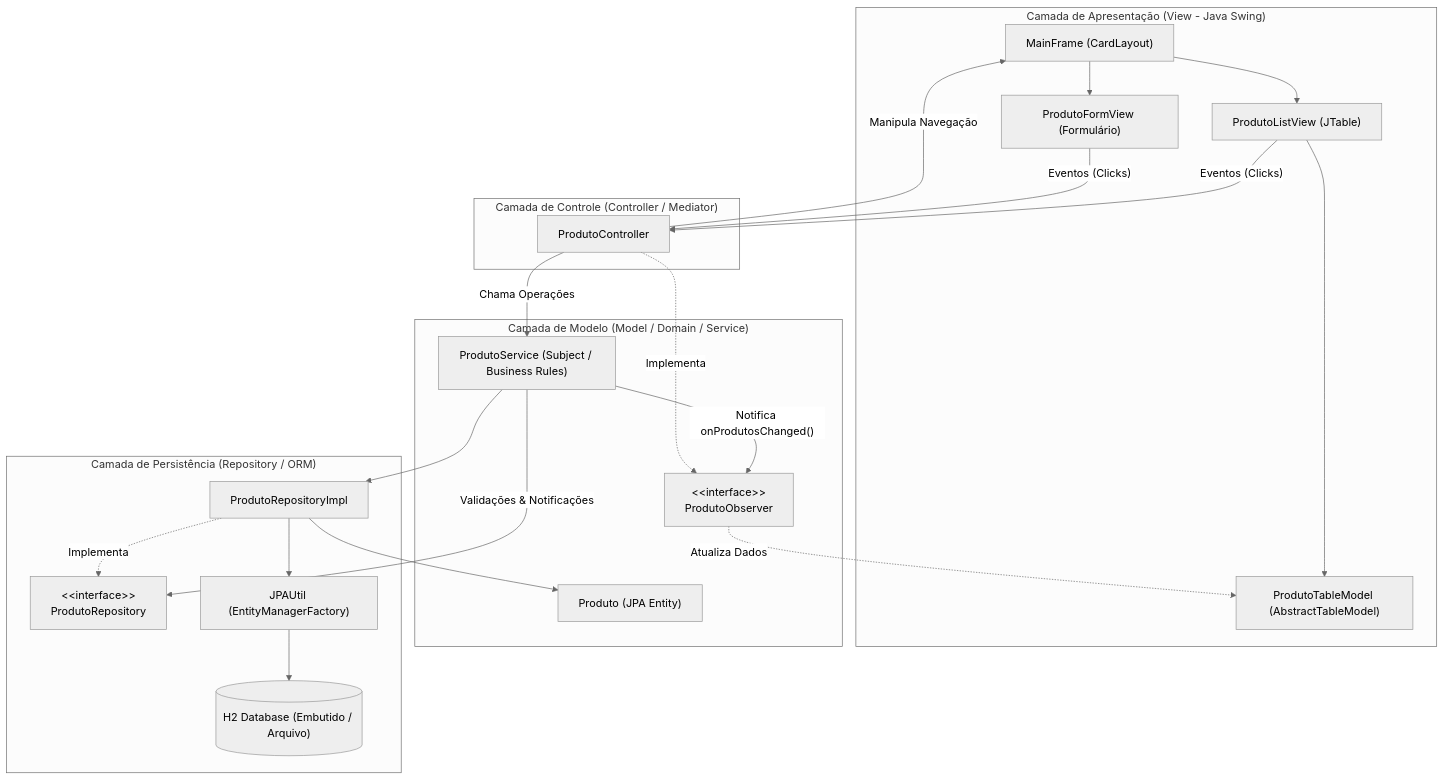
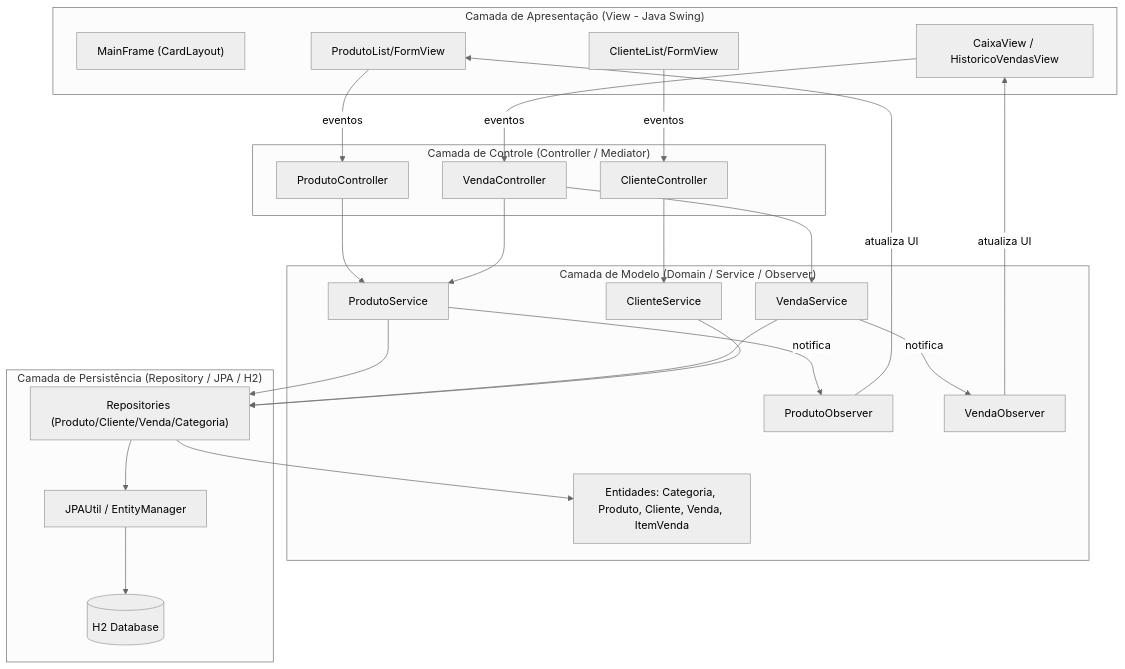
The first of 3 diagrams in README.md (jenifferCamar/projeto-caina), drawn with Mermaid (neutral theme) before and after one commit. The commit also changed other lines of this file, not shown here.

First line of the commit message:
docs(readme): atualiza diagramas Mermaid de arquitetura e venda (Card 23)

````diff
--- a/README.md
+++ b/README.md
@@ -69,44 +69,47 @@
 ```mermaid
 graph TD
     subgraph UI_Layer ["Camada de Apresentação (View - Java Swing)"]
         MF["MainFrame (CardLayout)"]
-        LV["ProdutoListView (JTable)"]
-        FV["ProdutoFormView (Formulário)"]
-        TM["ProdutoTableModel (AbstractTableModel)"]
-        MF --> LV
-        MF --> FV
-        LV --> TM
+        PV["ProdutoList/FormView"]
+        CV["CaixaView / HistoricoVendasView"]
+        CLV["ClienteList/FormView"]
     end
 
     subgraph Controller_Layer ["Camada de Controle (Controller / Mediator)"]
         PC["ProdutoController"]
+        VC["VendaController"]
+        CC["ClienteController"]
     end
 
-    subgraph Model_Layer ["Camada de Modelo (Model / Domain / Service)"]
-        PS["ProdutoService (Subject / Business Rules)"]
-        PO["&lt;&lt;interface&gt;&gt;<br/>ProdutoObserver"]
-        PE["Produto (JPA Entity)"]
+    subgraph Model_Layer ["Camada de Modelo (Domain / Service / Observer)"]
+        PS["ProdutoService"]
+        VS["VendaService"]
+        CS["ClienteService"]
+        PO["ProdutoObserver"]
+        VO["VendaObserver"]
+        ENT["Entidades: Categoria, Produto, Cliente, Venda, ItemVenda"]
     end
 
-    subgraph Persistence_Layer ["Camada de Persistência (Repository / ORM)"]
-        PR["&lt;&lt;interface&gt;&gt;<br/>ProdutoRepository"]
-        PRI["ProdutoRepositoryImpl"]
-        JU["JPAUtil (EntityManagerFactory)"]
-        H2[("H2 Database (Embutido / Arquivo)")]
+    subgraph Persistence_Layer ["Camada de Persistência (Repository / JPA / H2)"]
+        REPO["Repositories (Produto/Cliente/Venda/Categoria)"]
+        JPA["JPAUtil / EntityManager"]
+        H2[("H2 Database")]
     end
 
-    %% Relações e Fluxos
-    LV -- "Eventos (Clicks)" --> PC
-    FV -- "Eventos (Clicks)" --> PC
-    PC -- "Manipula Navegação" --> MF
-    PC -- "Chama Operações" --> PS
-    PS -- "Validações &amp; Notificações" --> PR
-    PRI -. "Implementa" .-> PR
-    PS --> PRI
-    PS -- "Notifica onProdutosChanged()" --> PO
-    PC -. "Implementa" .-> PO
-    PO -. "Atualiza Dados" .-> TM
-    PRI --> JU
-    PRI --> PE
-    JU --> H2
+    PV -- eventos --> PC
+    CV -- eventos --> VC
+    CLV -- eventos --> CC
+    PC --> PS
+    VC --> VS
+    VC --> PS
+    CC --> CS
+    PS --> REPO
+    VS --> REPO
+    CS --> REPO
+    PS -- notifica --> PO
+    VS -- notifica --> VO
+    PO -- atualiza UI --> PV
+    VO -- atualiza UI --> CV
+    REPO --> JPA --> H2
+    REPO --> ENT
 ```
````
